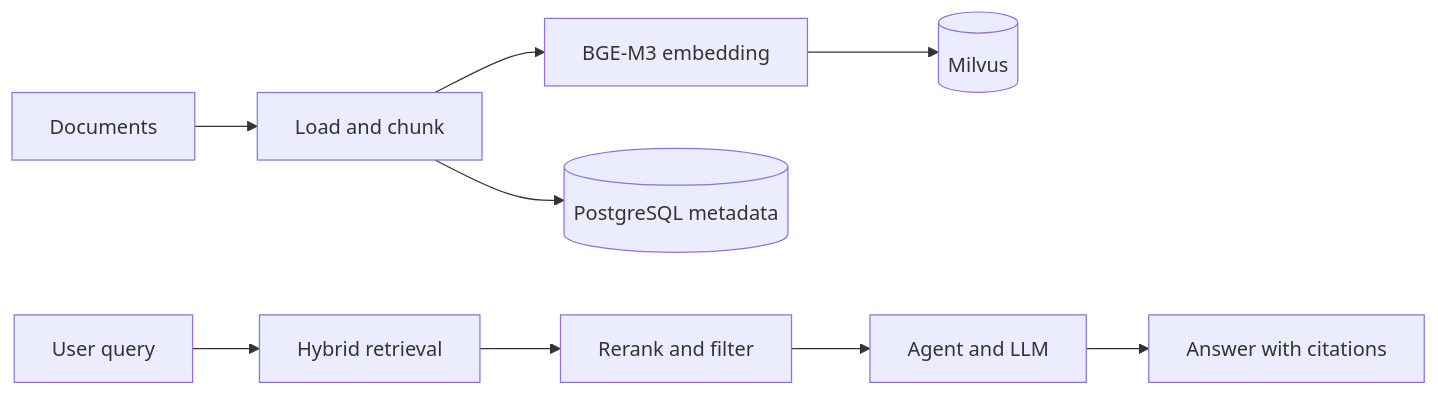
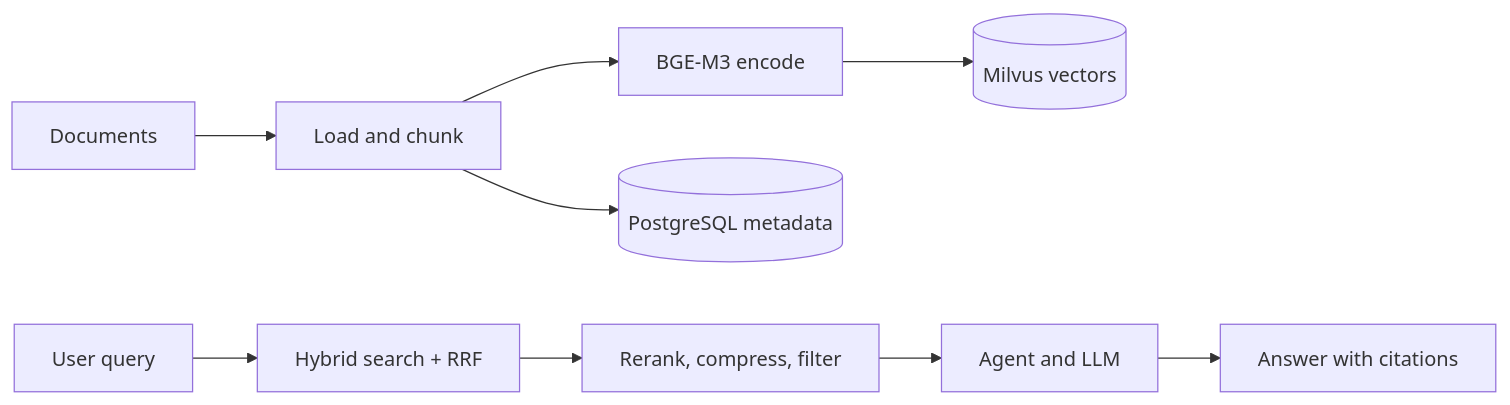
One commit to lg114/RagMate changed the diagram in README.md. Above: the diagram before and after it, drawn with Mermaid. The commit also changed other lines of this file and 2 other files, not shown here.

````diff
--- a/README.md
+++ b/README.md
@@ -123,11 +180,11 @@
 ```mermaid
 flowchart LR
     D[Documents] --> P[Load and chunk]
-    P --> E[BGE-M3 embedding]
-    E --> V[(Milvus)]
+    P --> E[BGE-M3 encode]
+    E --> V[(Milvus vectors)]
     P --> M[(PostgreSQL metadata)]
-    Q[User query] --> R[Hybrid retrieval]
-    R --> RR[Rerank and filter]
+    Q[User query] --> R[Hybrid search + RRF]
+    R --> RR[Rerank, compress, filter]
     RR --> A[Agent and LLM]
     A --> O[Answer with citations]
 ```
````
